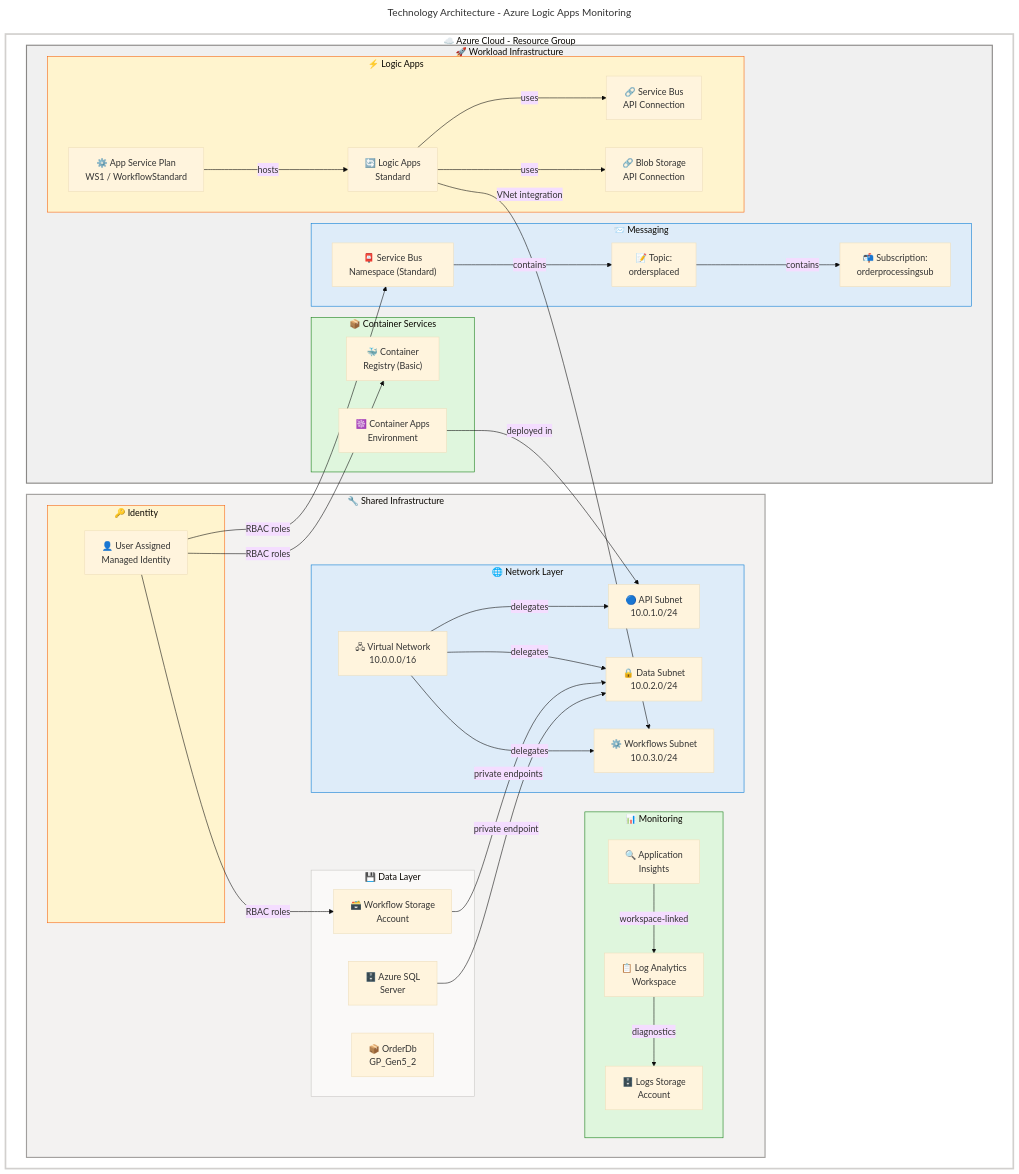
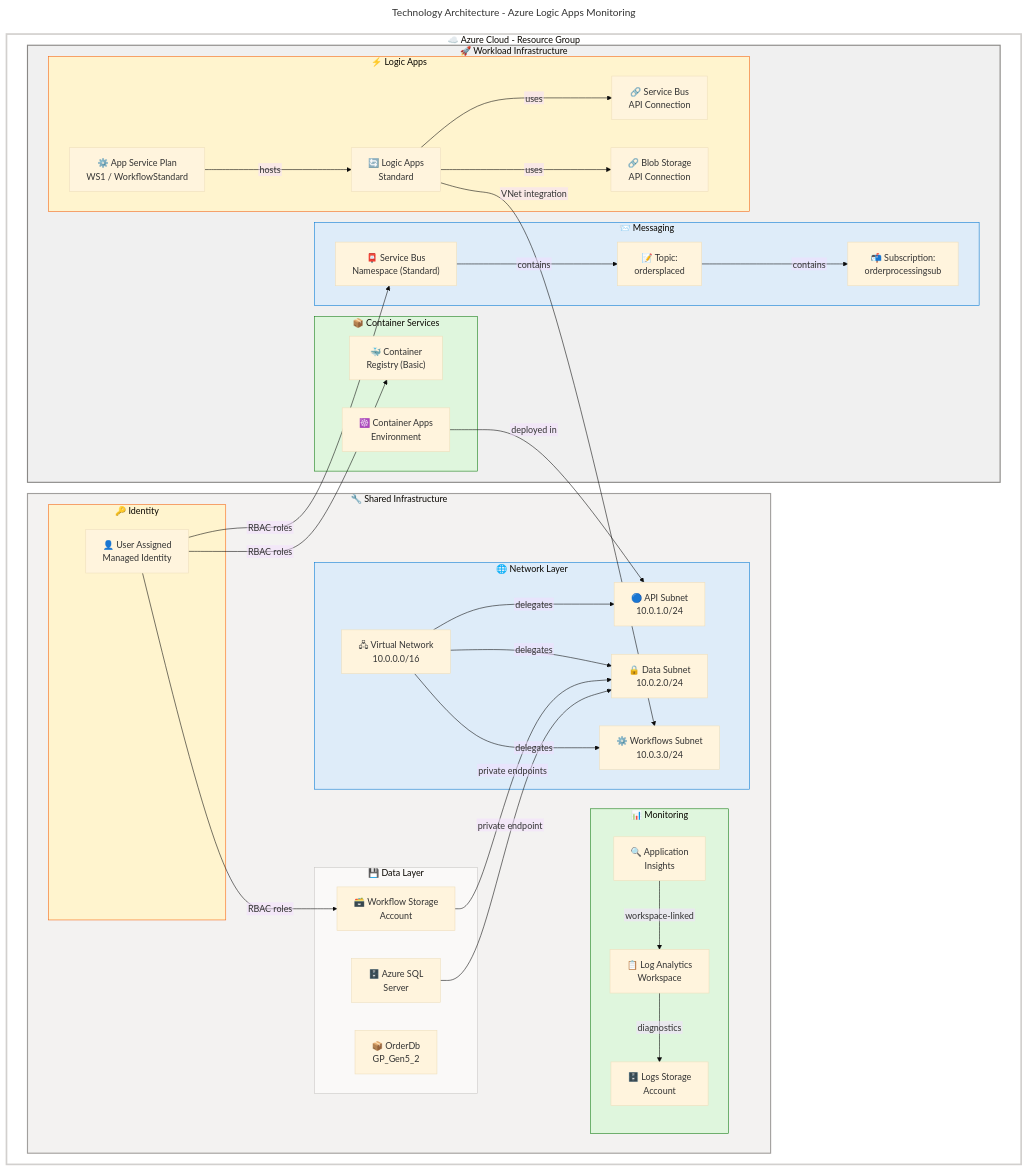
Before and after one commit to Evilazaro/Azure-LogicApps-Monitoring: the first of 3 diagrams in docs/architecture/Technology-Layer-Architecture.md, drawn with Mermaid. The commit also changed other lines of this file, not shown here.

Commit message:
docs: update mermaid diagram titles and enhance accessibility features for clarity

````diff
--- a/docs/architecture/Technology-Layer-Architecture.md
+++ b/docs/architecture/Technology-Layer-Architecture.md
@@ -65,20 +65,21 @@
 ```mermaid
 ---
-title: Technology Architecture - Azure Logic Apps Monitoring
+title: "Technology Architecture - Azure Logic Apps Monitoring"
 config:
   theme: base
   themeVariables:
     fontSize: '16px'
+  flowchart:
+    htmlLabels: false
 ---
 flowchart TB
     accTitle: Technology Architecture - Azure Logic Apps Monitoring Infrastructure Context
     accDescr: Shows shared and workload infrastructure components with their network and dependency relationships
 
+    %% ═══════════════════════════════════════════════════════════════════════════
     %% AZURE / FLUENT ARCHITECTURE PATTERN v1.1
-    %% Structural normalization: neutral containers for hierarchy
-    %% Semantic discipline: color used to distinguish shared vs workload layers
-    %% Font governance: dark text on light neutral surfaces
-    %% Accessibility: accTitle and accDescr present
+    %% (Semantic + Structural + Font + Accessibility Governance)
+    %% ═══════════════════════════════════════════════════════════════════════════
 
     subgraph AzCloud["☁️ Azure Cloud - Resource Group"]
         subgraph SharedLayer["🔧 Shared Infrastructure"]
````
